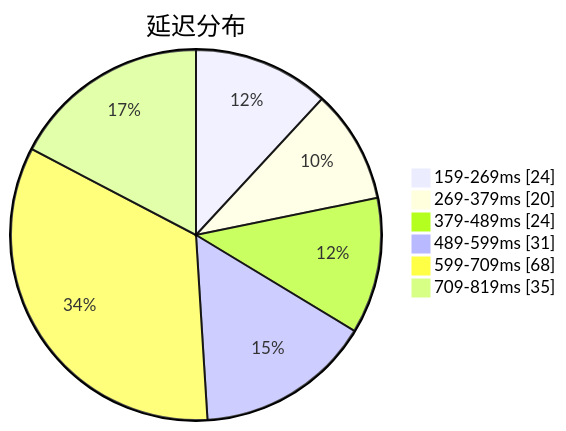
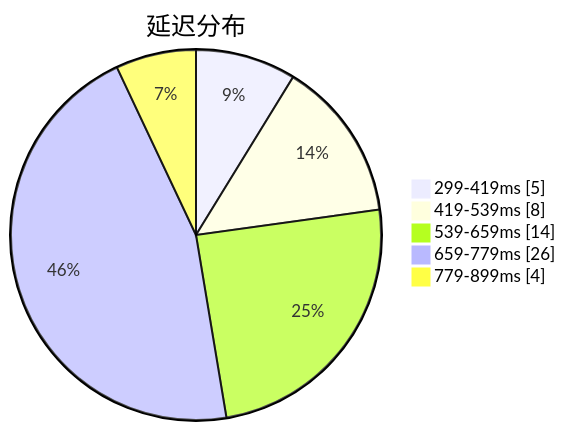
Before and after one commit to qjlxg/airport: the first of 3 diagrams in subs/statistics/tested_within.md, drawn with Mermaid. The commit also changed other lines of this file and 2 other files, not shown here.

Commit message:
Tested by metaST

````diff
--- a/subs/statistics/tested_within.md
+++ b/subs/statistics/tested_within.md
@@ -2,10 +2,9 @@
 ```mermaid
 pie showData
 title 延迟分布
-"159-269ms" : 24
-"269-379ms" : 20
-"379-489ms" : 24
-"489-599ms" : 31
-"599-709ms" : 68
-"709-819ms" : 35
+"299-419ms" : 5
+"419-539ms" : 8
+"539-659ms" : 14
+"659-779ms" : 26
+"779-899ms" : 4
 ```
````
